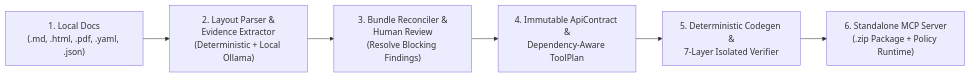
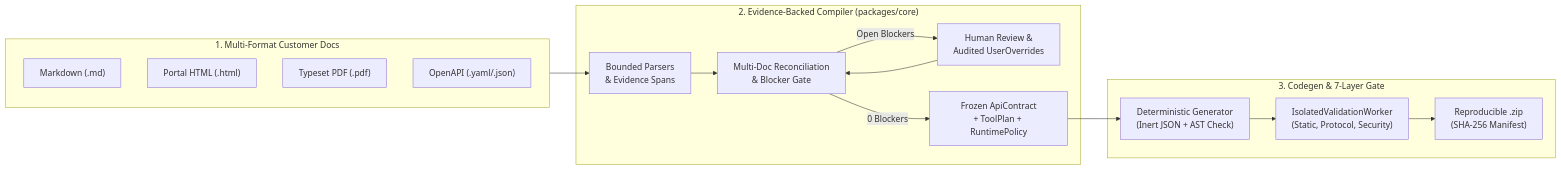
One commit to Abhishek-Gali/Spigot changed the first of 2 diagrams in README.md. Above: the diagram before and after it, drawn with Mermaid. The commit also changed other lines of this file and 6 other files, not shown here.

````diff
--- a/README.md
+++ b/README.md
@@ -38,8 +36,26 @@
 ```mermaid
 flowchart LR
-    A["1. Local Docs<br/>(.md, .html, .pdf, .yaml, .json)"] --> B["2. Layout Parser &<br/>Evidence Extractor<br/>(Deterministic + Local Ollama)"]
-    B --> C["3. Bundle Reconciler &<br/>Human Review<br/>(Resolve Blocking Findings)"]
-    C --> D["4. Immutable ApiContract &<br/>Dependency-Aware ToolPlan"]
-    D --> E["5. Deterministic Codegen &<br/>7-Layer Isolated Verifier"]
-    E --> F["6. Standalone MCP Server<br/>(.zip Package + Policy Runtime)"]
+    subgraph Inputs["1. Multi-Format Customer Docs"]
+        MD["Markdown (.md)"]
+        HTML["Portal HTML (.html)"]
+        PDF["Typeset PDF (.pdf)"]
+        OAS["OpenAPI (.yaml/.json)"]
+    end
+
+    subgraph Compiler["2. Evidence-Backed Compiler (packages/core)"]
+        PARSE["Bounded Parsers\n& Evidence Spans"]
+        RECON["Multi-Doc Reconciliation\n& Blocker Gate"]
+        REVIEW["Human Review &\nAudited UserOverrides"]
+        FREEZE["Frozen ApiContract\n+ ToolPlan + RuntimePolicy"]
+    end
+
+    subgraph Codegen["3. Codegen & 7-Layer Gate"]
+        GEN["Deterministic Generator\n(Inert JSON + AST Check)"]
+        VAL["IsolatedValidationWorker\n(Static, Protocol, Security)"]
+        ZIP["Reproducible .zip\n(SHA-256 Manifest)"]
+    end
+
+    Inputs --> PARSE --> RECON
+    RECON -->|"Open Blockers"| REVIEW --> RECON
+    RECON -->|"0 Blockers"| FREEZE --> GEN --> VAL --> ZIP
 ```
````
